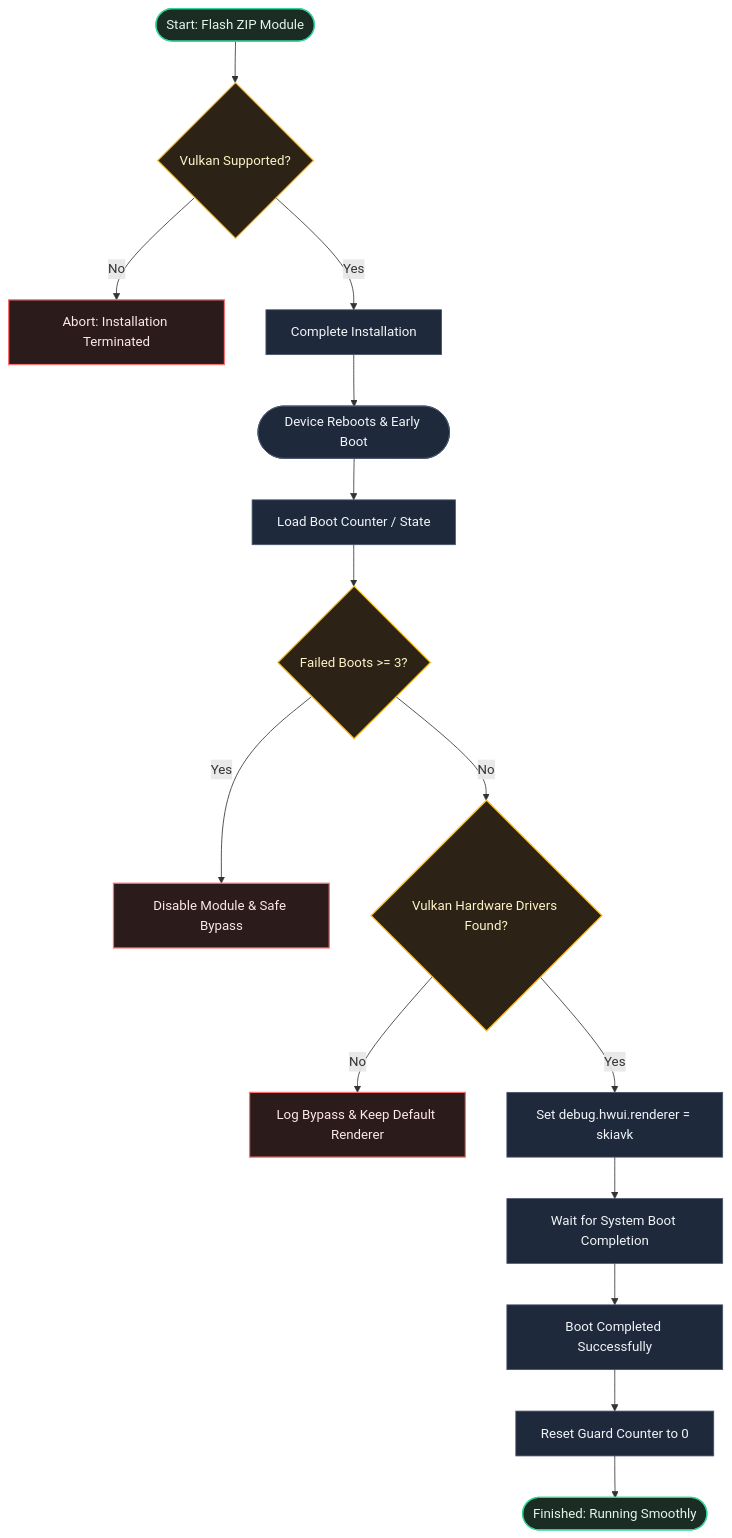
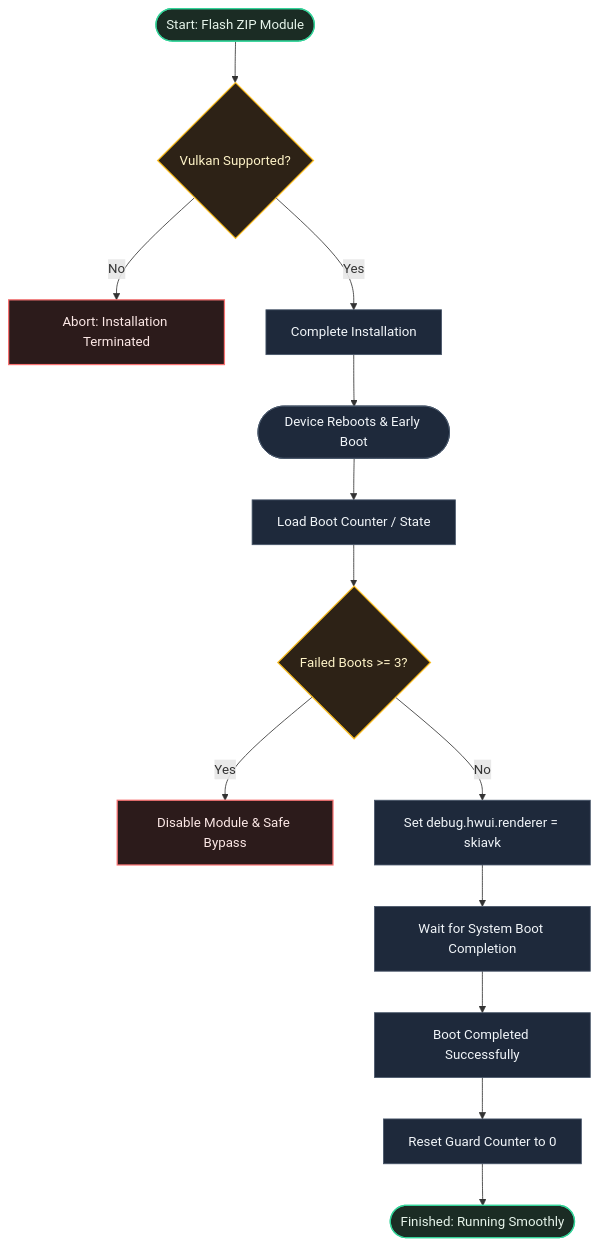
The diagram in README.md (dyokism/SkiaVK), drawn with Mermaid before and after one commit. The commit also changed other lines of this file and 7 other files, not shown here.

````diff
--- a/README.md
+++ b/README.md
@@ -40,33 +40,30 @@
 ```mermaid
 flowchart TD
     FlashZip([Start: Flash ZIP Module]) --> CheckVulkan{Vulkan Supported?}
     CheckVulkan -- No --> Abort[Abort: Installation Terminated]
     CheckVulkan -- Yes --> Install[Complete Installation]
     
     Install --> BootStart([Device Reboots & Early Boot])
     
     BootStart --> LoadState[Load Boot Counter / State]
     LoadState --> BootCheck{Failed Boots >= 3?}
     
     BootCheck -- Yes --> TriggerSafety[Disable Module & Safe Bypass]
-    BootCheck -- No --> CheckDrivers{Vulkan Hardware Drivers Found?}
-    
-    CheckDrivers -- No --> ExitBypass[Log Bypass & Keep Default Renderer]
-    CheckDrivers -- Yes --> ApplySkia[Set debug.hwui.renderer = skiavk]
+    BootCheck -- No --> ApplySkia[Set debug.hwui.renderer = skiavk]
     
     ApplySkia --> WaitBoot[Wait for System Boot Completion]
     WaitBoot --> BootSuccess[Boot Completed Successfully]
     BootSuccess --> ResetState[Reset Guard Counter to 0]
     ResetState --> Finished([Finished: Running Smoothly])
 
     %% Custom Styles (Ultra-Muted Slate Theme)
     classDef startEnd fill:#1b2c24,stroke:#34d399,stroke-width:1.5px,color:#e6f4ea;
     classDef fail fill:#2c1b1b,stroke:#f87171,stroke-width:1.5px,color:#fce8e6;
     classDef decision fill:#2d2216,stroke:#fbbf24,stroke-width:1.5px,color:#fef3c7;
     classDef process fill:#1e293b,stroke:#475569,stroke-width:1px,color:#f1f5f9;
     
     class FlashZip,Finished startEnd;
-    class TriggerSafety,ExitBypass,Abort fail;
-    class CheckVulkan,BootCheck,CheckDrivers decision;
+    class TriggerSafety,Abort fail;
+    class CheckVulkan,BootCheck decision;
     class Install,BootStart,LoadState,ApplySkia,WaitBoot,BootSuccess,ResetState process;
 ```
````
